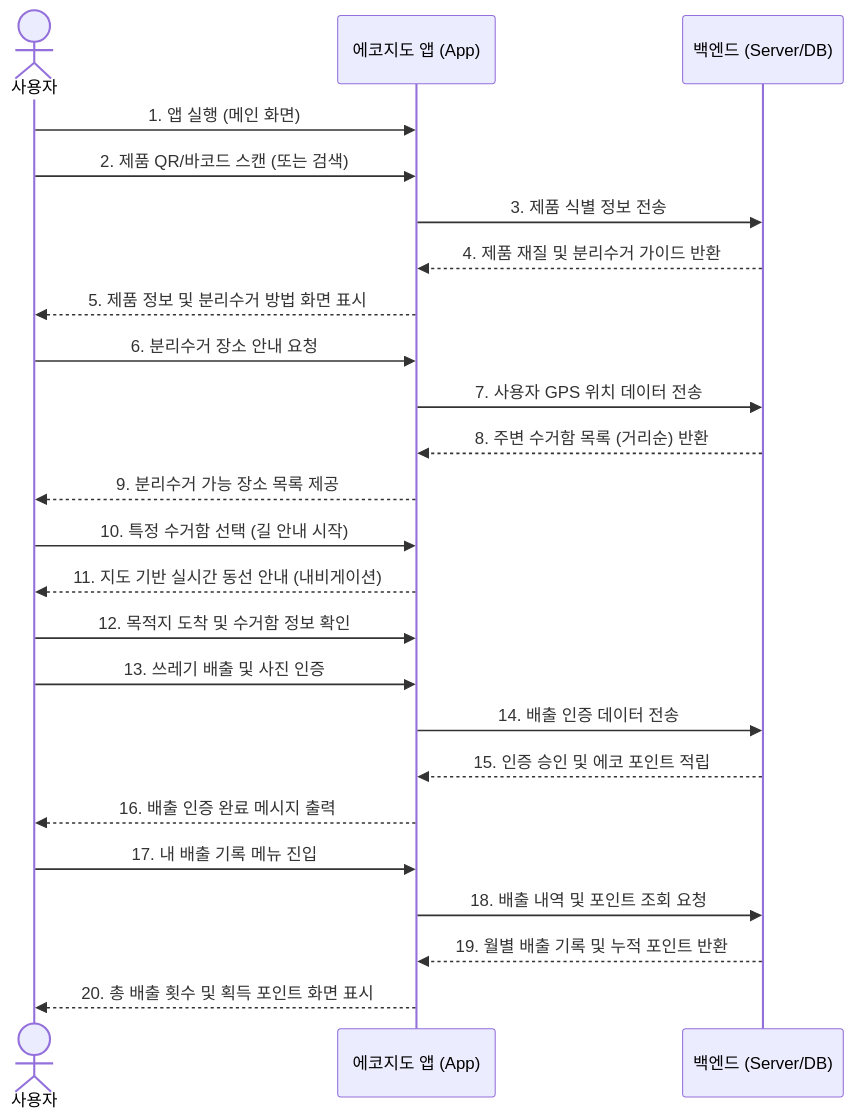
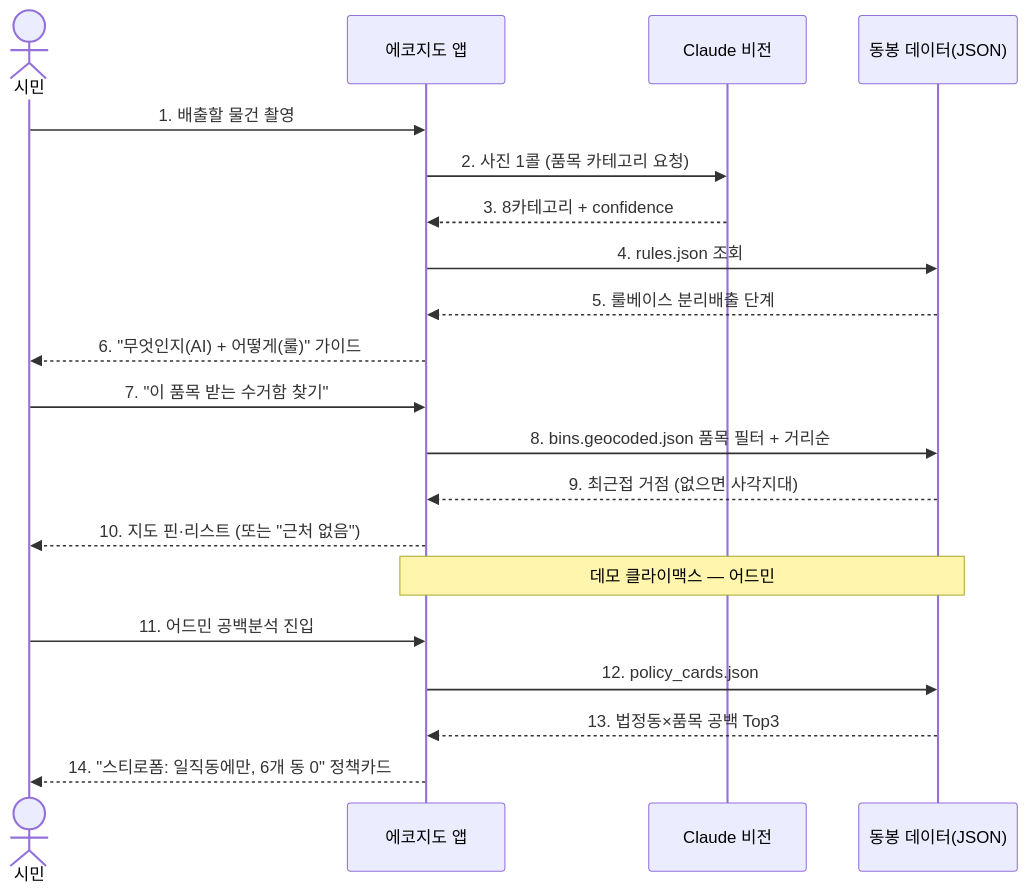
One commit to iNtuitionP/ecomap changed the first of 3 diagrams in README.md. Above: the diagram before and after it, drawn with Mermaid. The commit also changed other lines of this file, not shown here.

````diff
--- a/README.md
+++ b/README.md
@@ -97,31 +85,25 @@
 ```mermaid
 sequenceDiagram
-    actor User as 사용자
-    participant App as 에코지도 앱 (App)
-    participant Server as 백엔드 (Server/DB)
+    actor U as 시민
+    participant App as 에코지도 앱
+    participant AI as Claude 비전
+    participant J as 동봉 데이터(JSON)
 
-    User->>App: 1. 앱 실행 (메인 화면)
-    User->>App: 2. 제품 QR/바코드 스캔 (또는 검색)
-    App->>Server: 3. 제품 식별 정보 전송
-    Server-->>App: 4. 제품 재질 및 분리수거 가이드 반환
-    App-->>User: 5. 제품 정보 및 분리수거 방법 화면 표시
+    U->>App: 1. 배출할 물건 촬영
+    App->>AI: 2. 사진 1콜 (품목 카테고리 요청)
+    AI-->>App: 3. 8카테고리 + confidence
+    App->>J: 4. rules.json 조회
+    J-->>App: 5. 룰베이스 분리배출 단계
+    App-->>U: 6. "무엇인지(AI) + 어떻게(룰)" 가이드
 
-    User->>App: 6. 분리수거 장소 안내 요청
-    App->>Server: 7. 사용자 GPS 위치 데이터 전송
-    Server-->>App: 8. 주변 수거함 목록 (거리순) 반환
-    App-->>User: 9. 분리수거 가능 장소 목록 제공
+    U->>App: 7. "이 품목 받는 수거함 찾기"
+    App->>J: 8. bins.geocoded.json 품목 필터 + 거리순
+    J-->>App: 9. 최근접 거점 (없으면 사각지대)
+    App-->>U: 10. 지도 핀·리스트 (또는 "근처 없음")
 
-    User->>App: 10. 특정 수거함 선택 (길 안내 시작)
-    App-->>User: 11. 지도 기반 실시간 동선 안내 (내비게이션)
-
-    User->>App: 12. 목적지 도착 및 수거함 정보 확인
-    User->>App: 13. 쓰레기 배출 및 사진 인증
-    App->>Server: 14. 배출 인증 데이터 전송
-    Server-->>App: 15. 인증 승인 및 에코 포인트 적립
-    App-->>User: 16. 배출 인증 완료 메시지 출력
-
-    User->>App: 17. 내 배출 기록 메뉴 진입
-    App->>Server: 18. 배출 내역 및 포인트 조회 요청
-    Server-->>App: 19. 월별 배출 기록 및 누적 포인트 반환
-    App-->>User: 20. 총 배출 횟수 및 획득 포인트 화면 표시
+    Note over App,J: 데모 클라이맥스 — 어드민
+    U->>App: 11. 어드민 공백분석 진입
+    App->>J: 12. policy_cards.json
+    J-->>App: 13. 법정동×품목 공백 Top3
+    App-->>U: 14. "스티로폼: 일직동에만, 6개 동 0" 정책카드
 ```
````
